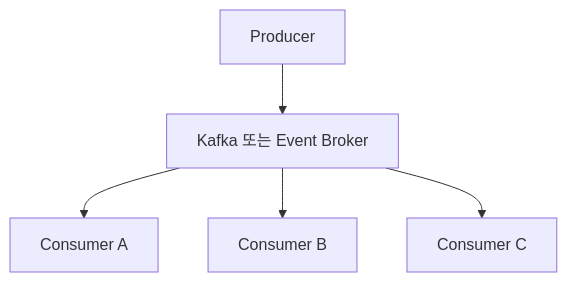
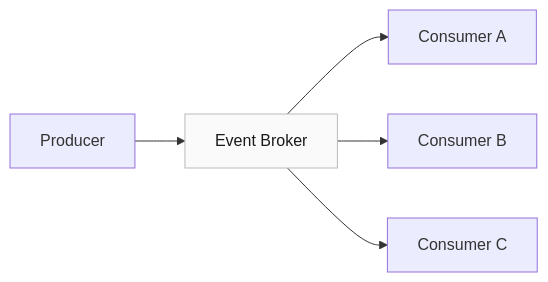
Before and after one commit to i31pc17/bitbook: the tenth of 12 diagrams in 모던 데이터 아키텍처/17장. 보안과 접근 제어.md, drawn with Mermaid. The commit also changed other lines of this file, not shown here.

````diff
--- a/모던 데이터 아키텍처/17장. 보안과 접근 제어.md
+++ b/모던 데이터 아키텍처/17장. 보안과 접근 제어.md
@@ -854,12 +911,9 @@
 ```mermaid
-flowchart TD
-    n0["Producer"]
-    n1["Kafka 또는 Event Broker"]
-    n2["Consumer A"]
-    n3["Consumer B"]
-    n4["Consumer C"]
-    n0 --> n1
-    n1 --> n2
-    n1 --> n3
-    n1 --> n4
+flowchart LR
+    P["Producer"] --> BRK["Event Broker"]
+    BRK --> C1["Consumer A"]
+    BRK --> C2["Consumer B"]
+    BRK --> C3["Consumer C"]
+
+    style BRK fill:#fafafa,stroke:#bbb,color:#1a1a1a
 ```
````
